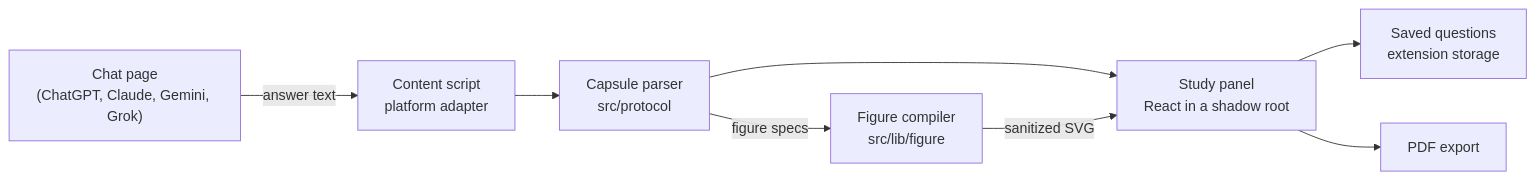
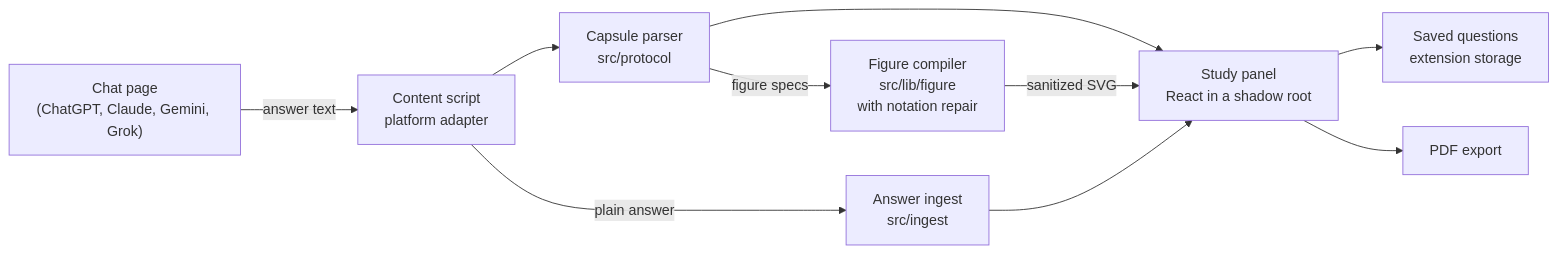
The diagram in README.md (chayprabs/stemlm-app), drawn with Mermaid before and after one commit. The commit also changed other lines of this file and 3 other files, not shown here.

First line of the commit message:
Refresh the README for the redesigned panel and the new figure pipeline

````diff
--- a/README.md
+++ b/README.md
@@ -96,10 +101,12 @@
 ```mermaid
 flowchart LR
   A["Chat page<br/>(ChatGPT, Claude, Gemini, Grok)"] -->|answer text| B["Content script<br/>platform adapter"]
   B --> C["Capsule parser<br/>src/protocol"]
   C --> D["Study panel<br/>React in a shadow root"]
-  C -->|figure specs| E["Figure compiler<br/>src/lib/figure"]
+  B -->|plain answer| H["Answer ingest<br/>src/ingest"]
+  H --> D
+  C -->|figure specs| E["Figure compiler<br/>src/lib/figure<br/>with notation repair"]
   E -->|sanitized SVG| D
   D --> F["Saved questions<br/>extension storage"]
   D --> G["PDF export"]
 ```
````
